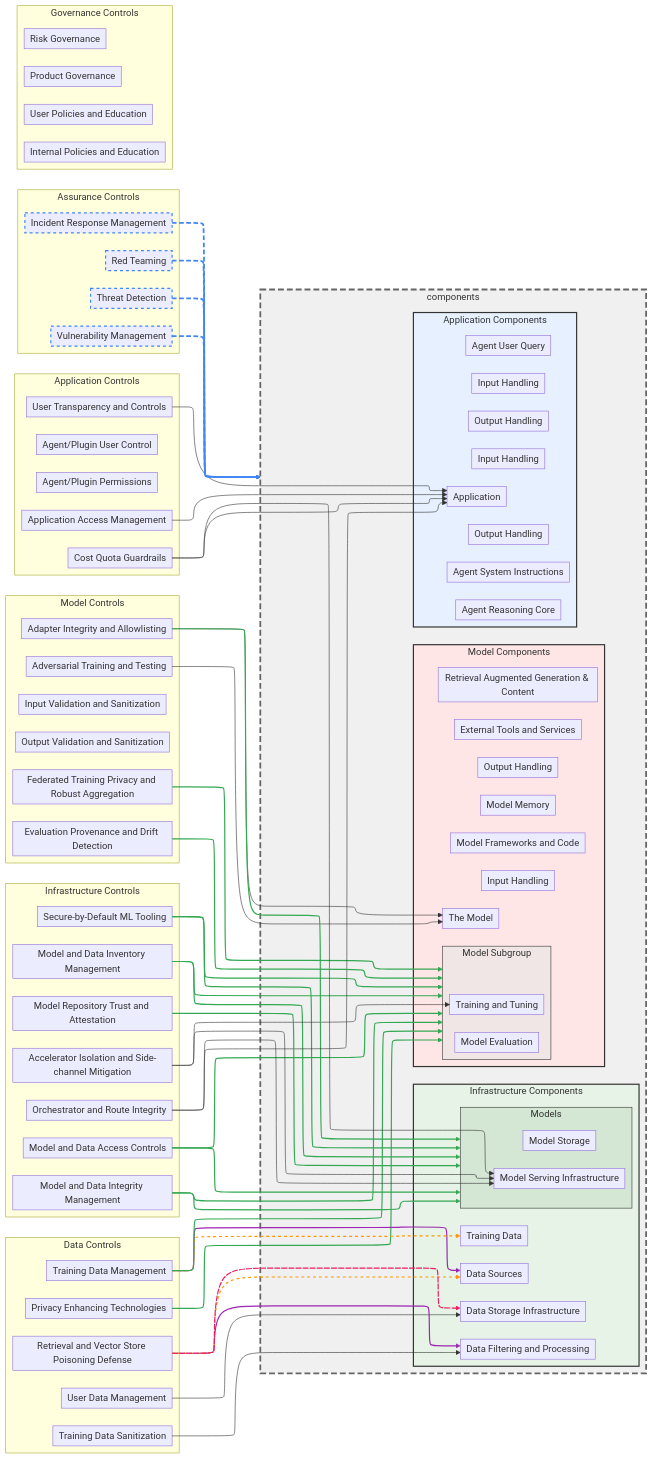
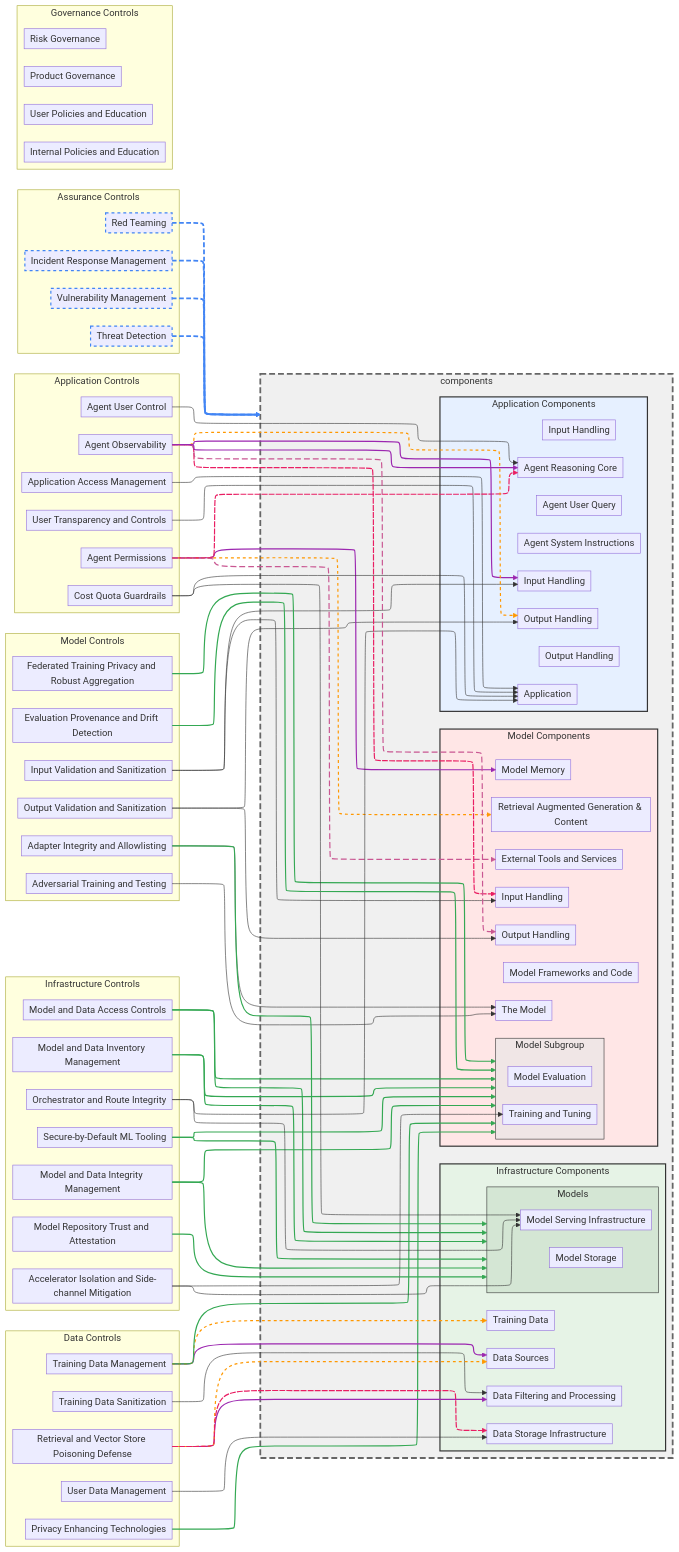
One commit to cosai-oasis/secure-ai-tooling changed the diagram in risk-map/docs/controls-graph.md. Above: the diagram before and after it, drawn with Mermaid. The commit also changed 8 other files, not shown here.

```diff
--- a/risk-map/docs/controls-graph.md
+++ b/risk-map/docs/controls-graph.md
@@ -40,8 +40,9 @@
     end
 
     subgraph controlsApplication ["Application Controls"]
-        controlAgentPluginPermissions[Agent/Plugin Permissions]
-        controlAgentPluginUserControl[Agent/Plugin User Control]
+        controlAgentObservability[Agent Observability]
+        controlAgentPluginPermissions[Agent Permissions]
+        controlAgentPluginUserControl[Agent User Control]
         controlApplicationAccessManagement[Application Access Management]
         controlCostQuotaGuardrails[Cost Quota Guardrails]
         controlUserTransparencyAndControls[User Transparency and Controls]
@@ -116,9 +117,18 @@
     controlModelAndDataIntegrityManagement --> componentsModels
     controlSecureByDefaultMLTooling --> componentsModelSubgroup
     controlSecureByDefaultMLTooling --> componentsModels
+    controlInputValidationAndSanitization --> componentAgentInputHandling
+    controlInputValidationAndSanitization --> componentOrchestrationInputHandling
+    controlOutputValidationAndSanitization --> componentAgentOutputHandling
+    controlOutputValidationAndSanitization --> componentOrchestrationOutputHandling
     controlAdversarialTrainingAndTesting --> componentTheModel
     controlApplicationAccessManagement --> componentApplication
     controlUserTransparencyAndControls --> componentApplication
+    controlAgentPluginUserControl --> componentReasoningCore
+    controlAgentPluginPermissions --> componentMemory
+    controlAgentPluginPermissions --> componentRAGContent
+    controlAgentPluginPermissions --> componentReasoningCore
+    controlAgentPluginPermissions --> componentTools
     controlRedTeaming -.-> components
     controlVulnerabilityManagement -.-> components
     controlThreatDetection -.-> components
@@ -137,6 +147,11 @@
     controlCostQuotaGuardrails --> componentApplication
     controlCostQuotaGuardrails --> componentModelServing
     controlEvaluationProvenanceAndDriftDetection --> componentsModelSubgroup
+    controlAgentObservability --> componentAgentInputHandling
+    controlAgentObservability --> componentAgentOutputHandling
+    controlAgentObservability --> componentOrchestrationInputHandling
+    controlAgentObservability --> componentOrchestrationOutputHandling
+    controlAgentObservability --> componentReasoningCore
 
     %% Apply styling to controls mapped to 'all'
     controlIncidentResponseManagement:::allControl
@@ -145,11 +160,12 @@
     controlVulnerabilityManagement:::allControl
 
     %% Edge styling
-    linkStyle 17,18,19,20 stroke:#4285f4,stroke-width:3px,stroke-dasharray: 8 4
-    linkStyle 0,3,6,7,8,9,10,11,12,13,27,28,31,34 stroke:#34a853,stroke-width:2px
-    linkStyle 1,23 stroke:#9c27b0,stroke-width:2px
-    linkStyle 2,24 stroke:#ff9800,stroke-width:2px,stroke-dasharray: 5 5
-    linkStyle 25 stroke:#e91e63,stroke-width:2px,stroke-dasharray: 10 2
+    linkStyle 26,27,28,29 stroke:#4285f4,stroke-width:3px,stroke-dasharray: 8 4
+    linkStyle 0,3,6,7,8,9,10,11,12,13,36,37,40,43 stroke:#34a853,stroke-width:2px
+    linkStyle 1,22,32,44,48 stroke:#9c27b0,stroke-width:2px
+    linkStyle 2,23,33,45 stroke:#ff9800,stroke-width:2px,stroke-dasharray: 5 5
+    linkStyle 24,34,46 stroke:#e91e63,stroke-width:2px,stroke-dasharray: 10 2
+    linkStyle 25,47 stroke:#C95792,stroke-width:2px,stroke-dasharray: 10 5
 
 %% Node style definitions
     style components fill:#f0f0f0,stroke:#666666,stroke-width:3px,stroke-dasharray: 10 5
```
